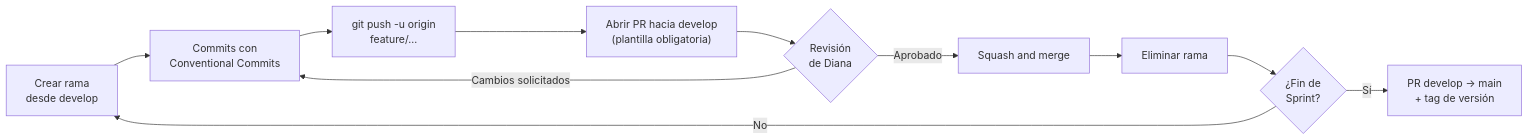
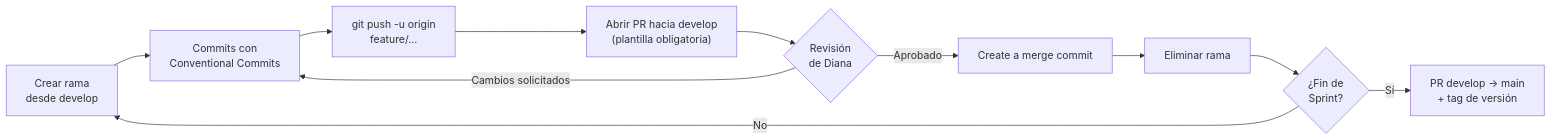
The third of 13 diagrams in README.md (dianaaochoa/SHURI-Sistema-Gestion), drawn with Mermaid before and after one commit. The commit also changed other lines of this file, not shown here.

Commit message:
docs(readme): usar merge commit en la politica de combinacion

````diff
--- a/README.md
+++ b/README.md
@@ -510,13 +510,13 @@
 ```mermaid
 flowchart LR
     A["Crear rama<br/>desde develop"] --> B["Commits con<br/>Conventional Commits"]
     B --> C["git push -u origin<br/>feature/..."]
     C --> D["Abrir PR hacia develop<br/>(plantilla obligatoria)"]
     D --> E{"Revisión<br/>de Diana"}
     E -->|Cambios solicitados| B
-    E -->|Aprobado| F["Squash and merge"]
+    E -->|Aprobado| F["Create a merge commit"]
     F --> G["Eliminar rama"]
     G --> H{"¿Fin de<br/>Sprint?"}
     H -->|Sí| I["PR develop → main<br/>+ tag de versión"]
     H -->|No| A
 ```
````
